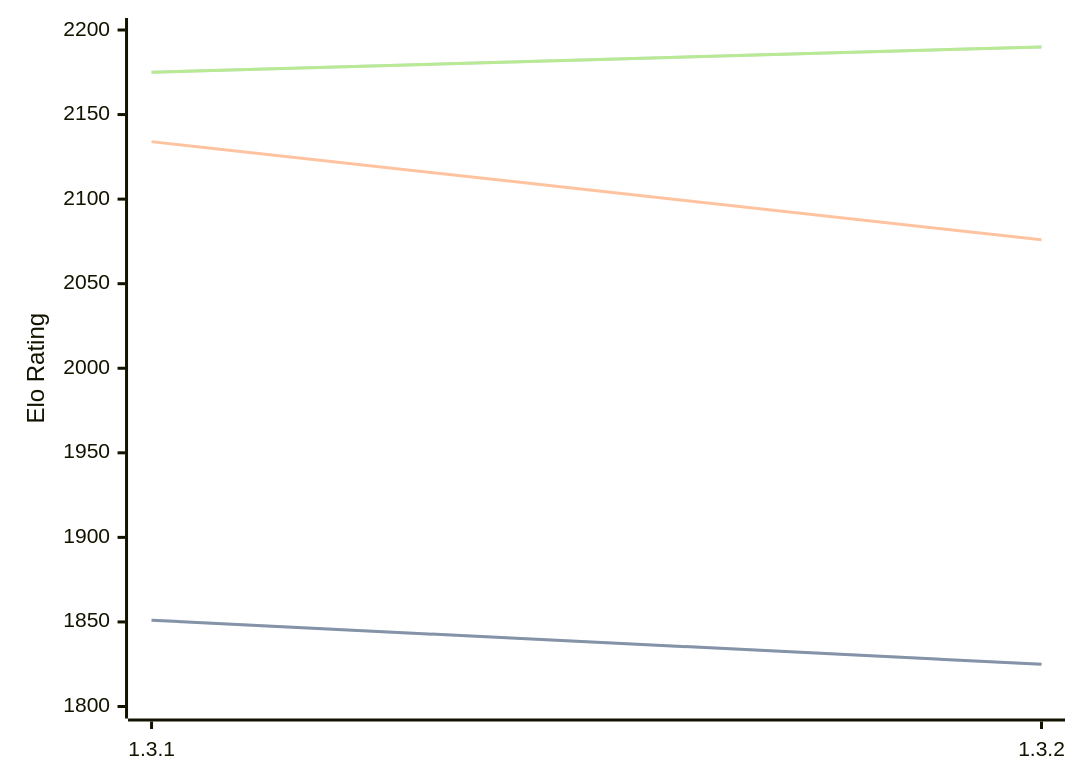
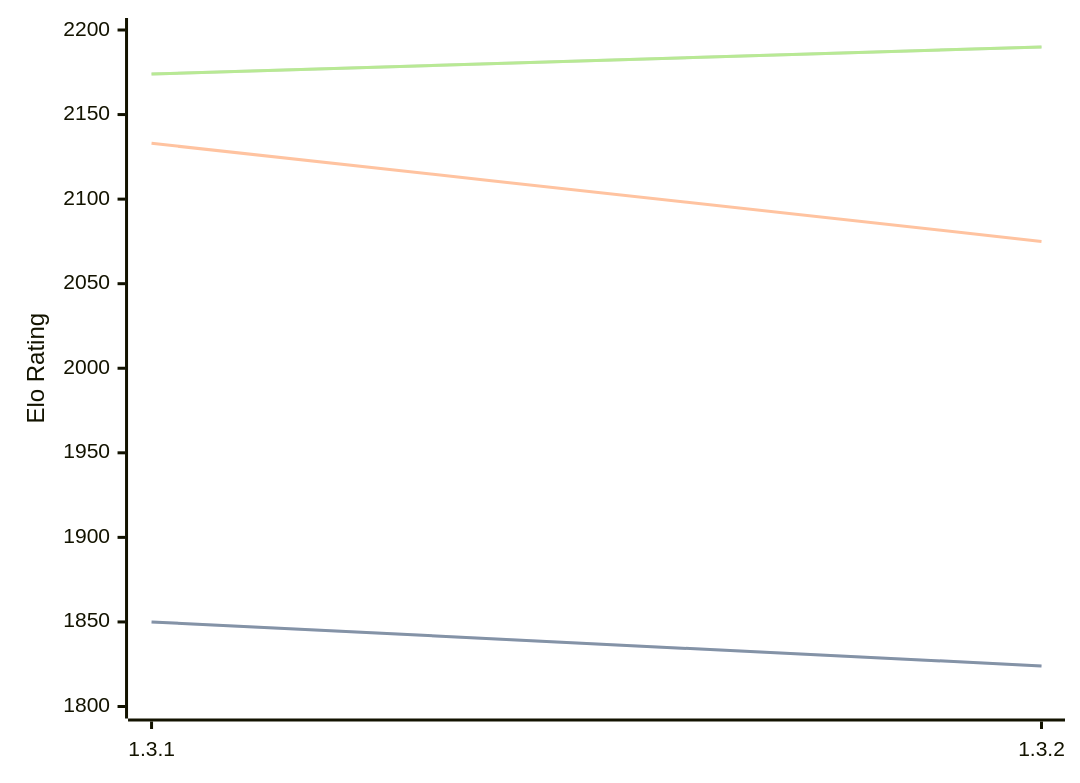
One commit to computer-chess-index/cci changed the first of 3 diagrams in engines/Zugblitz.md. Above: the diagram before and after it, drawn with Mermaid. The commit also changed other lines of this file, not shown here.

Commit message:
Update CCI Ratings (ELO VLTC) - 2026-06-27

````diff
--- a/engines/Zugblitz.md
+++ b/engines/Zugblitz.md
@@ -32,11 +32,11 @@
 ```mermaid
 %%{init: {"theme":"base","themeVariables":{"seriesColors:['#a3a3a3','#222221','#faa371']}}}%%
 xychart-beta
   x-axis ["1.3.1", "1.3.2"]
   y-axis "Elo Rating" 1800 --> 2200
-  line "STC (8.0+0.08s)" [1851, 1825]
-  line "STC (8.0+0.08s)" [1851, 1825]
-  line "LTC (60.0+0.60s)" [2134, 2076]
-  line "VLTC (2m24s+1.12s)" [2175, 2190]
-  line "VLTC (2m24s+1.12s)" [2175, 2190]
+  line "STC (8.0+0.08s)" [1850, 1824]
+  line "STC (8.0+0.08s)" [1850, 1824]
+  line "LTC (60.0+0.60s)" [2133, 2075]
+  line "VLTC (2m24s+1.12s)" [2174, 2190]
+  line "VLTC (2m24s+1.12s)" [2174, 2190]
 ```
````
